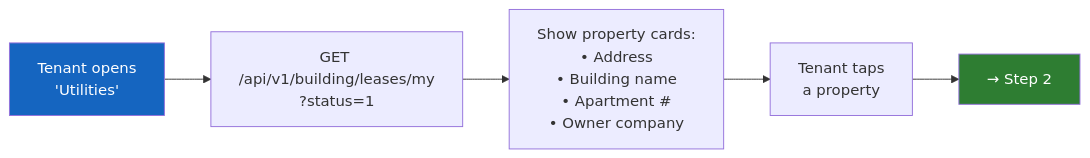
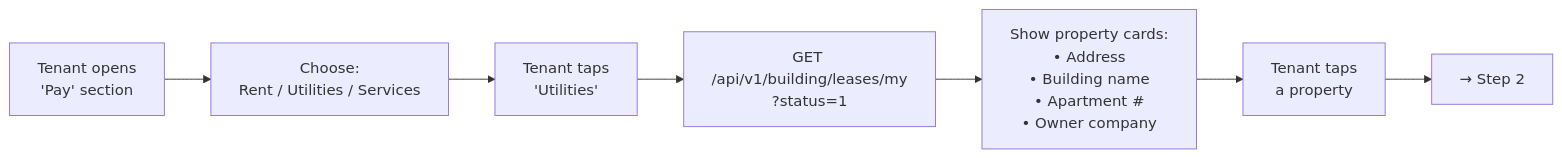
Before and after one commit to saodatm-dev/Utilities---Informational-Architecture: the second of 14 diagrams in utilities-payment-userflow.md, drawn with Mermaid. The commit also changed other lines of this file and 12 other files, not shown here.

Commit message:
docs: Remove outdated informational architecture documents, update payment userflow, and add new images.

````diff
--- a/utilities-payment-userflow.md
+++ b/utilities-payment-userflow.md
@@ -93,10 +88,10 @@
 ```mermaid
 flowchart LR
-    OPEN["Tenant opens<br/>'Utilities'"] --> API_LEASES["GET /api/v1/building/leases/my<br/>?status=1"]
+    OPEN["Tenant opens<br/>'Pay' section"] --> MENU["Choose:<br/>Rent / Utilities / Services"]
+    MENU --> PICK_UTIL["Tenant taps<br/>'Utilities'"]
+    PICK_UTIL --> API_LEASES["GET /api/v1/building/leases/my<br/>?status=1"]
     API_LEASES --> LIST["Show property cards:<br/>• Address<br/>• Building name<br/>• Apartment #<br/>• Owner company"]
     LIST --> SELECT["Tenant taps<br/>a property"]
     SELECT --> NEXT["→ Step 2"]
 
-    style OPEN fill:#1565C0,color:#fff
-    style NEXT fill:#2E7D32,color:#fff
 ```
````
